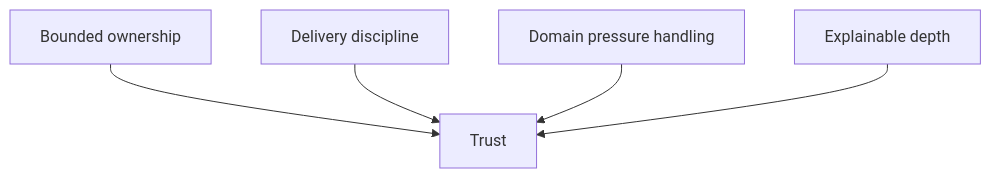
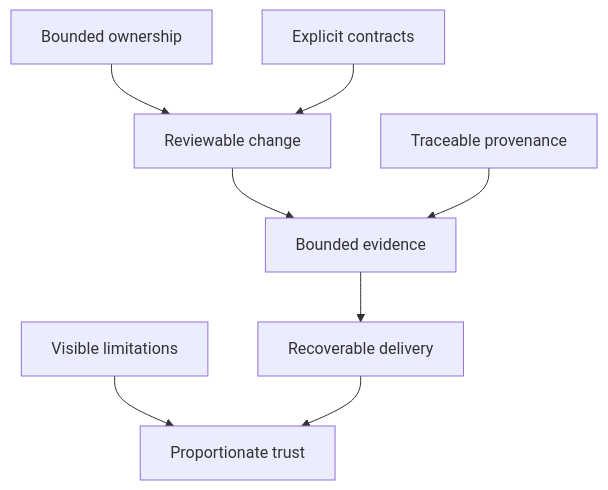
The first of 2 diagrams in docs/01-platform/work-qualities/index.md (bijux/bijux.github.io), drawn with Mermaid before and after one commit. The commit also changed other lines of this file and 1 other file, not shown here.

Commit message:
docs(evidence): connect engineering qualities to scientific curation

````diff
--- a/docs/01-platform/work-qualities/index.md
+++ b/docs/01-platform/work-qualities/index.md
@@ -17,7 +18,10 @@
 ```mermaid
-graph TD
-    bounded["Bounded ownership"] --> trust["Trust"]
-    delivery["Delivery discipline"] --> trust
-    pressure["Domain pressure handling"] --> trust
-    depth["Explainable depth"] --> trust
+flowchart TD
+    ownership["Bounded ownership"] --> change["Reviewable change"]
+    contracts["Explicit contracts"] --> change
+    change --> evidence["Bounded evidence"]
+    provenance["Traceable provenance"] --> evidence
+    evidence --> delivery["Recoverable delivery"]
+    limitations["Visible limitations"] --> trust["Proportionate trust"]
+    delivery --> trust
 ```
````
